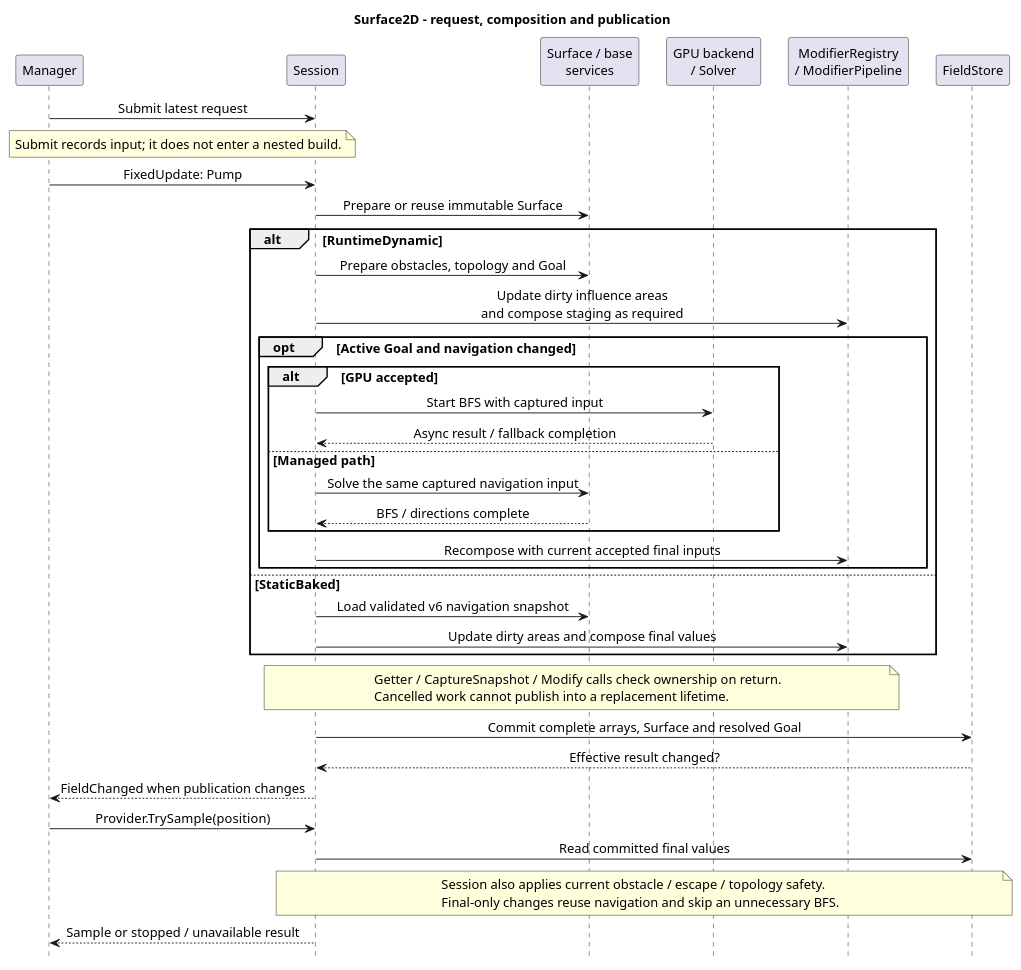
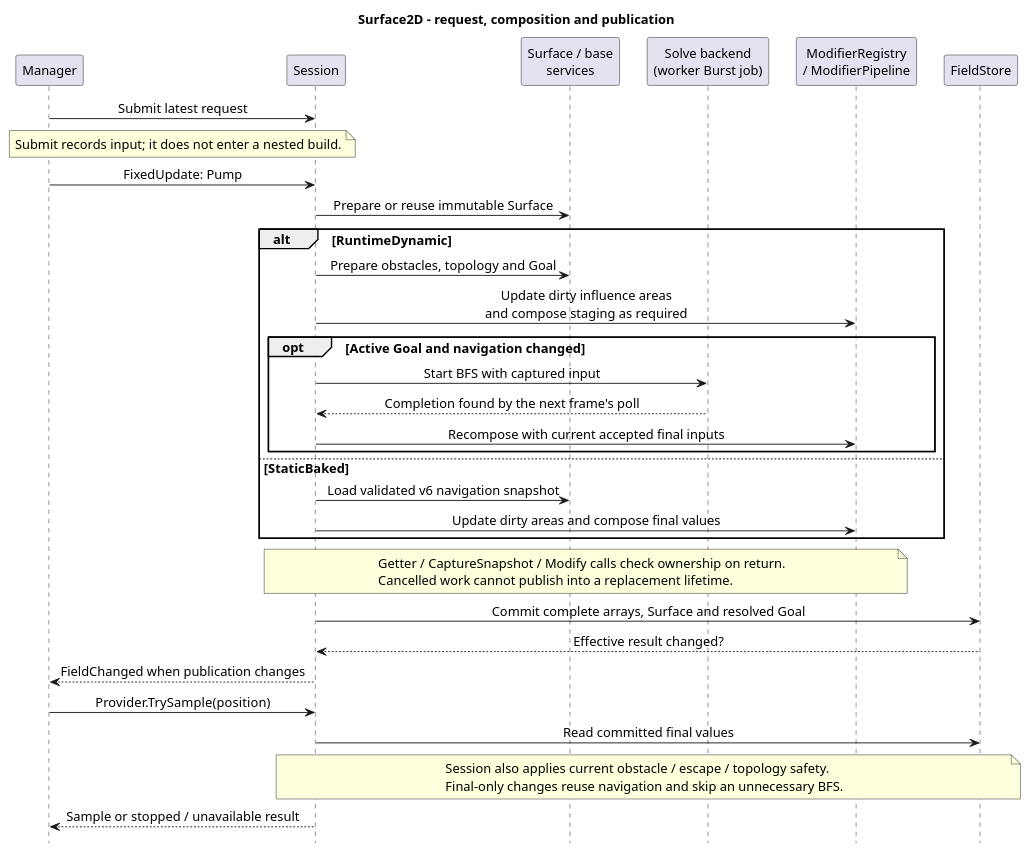
One commit to youwonsock/tool-unity-editor changed the diagram in ToyProject/Assets/_FlowField/Docs/flowfield-surface.puml. Above: the diagram before and after it, drawn with PlantUML. The commit also changed 71 other files, not shown here.

First line of the commit message:
FlowField: 내비게이션을 Burst 워커 Job으로 옮기고 GPU 경로 제거

```diff
--- a/ToyProject/Assets/_FlowField/Docs/flowfield-surface.puml
+++ b/ToyProject/Assets/_FlowField/Docs/flowfield-surface.puml
@@ -1,47 +1,42 @@
 @startuml flowfield-surface
 skinparam shadowing false
 skinparam defaultFontName SansSerif
 skinparam defaultFontSize 14
 skinparam sequenceMessageAlign center
 skinparam ParticipantPadding 10
 skinparam BoxPadding 6
 hide footbox
 title Surface2D - request, composition and publication
 
 participant "Manager" as M
 participant "Session" as S
 participant "Surface / base\nservices" as B
-participant "GPU backend\n/ Solver" as G
+participant "Solve backend\n(worker Burst job)" as G
 participant "ModifierRegistry\n/ ModifierPipeline" as F
 participant "FieldStore" as P
 
 M -> S : Submit latest request
 note over M,S : Submit records input; it does not enter a nested build.
 M -> S : FixedUpdate: Pump
 S -> B : Prepare or reuse immutable Surface
 alt RuntimeDynamic
   S -> B : Prepare obstacles, topology and Goal
   S -> F : Update dirty influence areas\nand compose staging as required
   opt Active Goal and navigation changed
-    alt GPU accepted
-      S -> G : Start BFS with captured input
-      G --> S : Async result / fallback completion
-    else Managed path
-      S -> B : Solve the same captured navigation input
-      B --> S : BFS / directions complete
-    end
+    S -> G : Start BFS with captured input
+    G --> S : Completion found by the next frame's poll
     S -> F : Recompose with current accepted final inputs
   end
 else StaticBaked
   S -> B : Load validated v6 navigation snapshot
   S -> F : Update dirty areas and compose final values
 end
 note over S,F : Getter / CaptureSnapshot / Modify calls check ownership on return.\nCancelled work cannot publish into a replacement lifetime.
 S -> P : Commit complete arrays, Surface and resolved Goal
 P --> S : Effective result changed?
 S --> M : FieldChanged when publication changes
 M -> S : Provider.TrySample(position)
 S -> P : Read committed final values
 note over S,P : Session also applies current obstacle / escape / topology safety.\nFinal-only changes reuse navigation and skip an unnecessary BFS.
 S --> M : Sample or stopped / unavailable result
 @enduml
```
